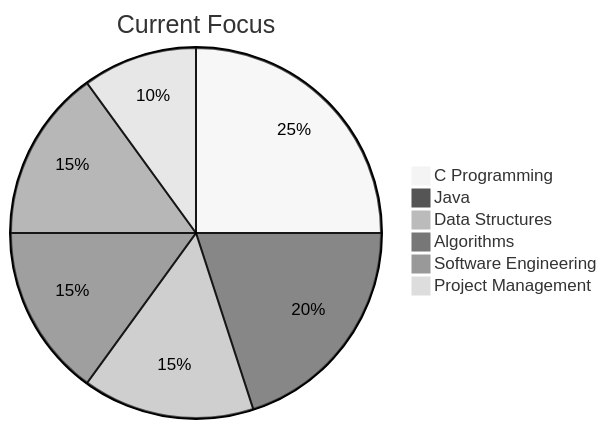
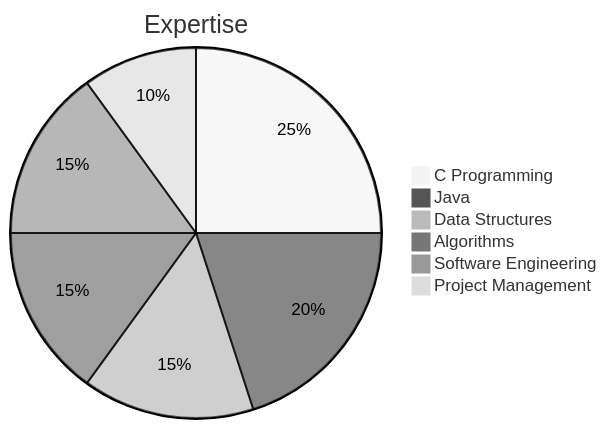
One commit to Maysha082/Maysha082 changed the diagram in README.md. Above: the diagram before and after it, drawn with Mermaid (neutral theme).

````diff
--- a/README.md
+++ b/README.md
@@ -51,9 +51,9 @@
 ```mermaid
-pie title Current Focus
+pie title Expertise
     "C Programming" : 25
     "Java" : 20
     "Data Structures" : 15
     "Algorithms" : 15
     "Software Engineering" : 15
     "Project Management" : 10
 ```
````
